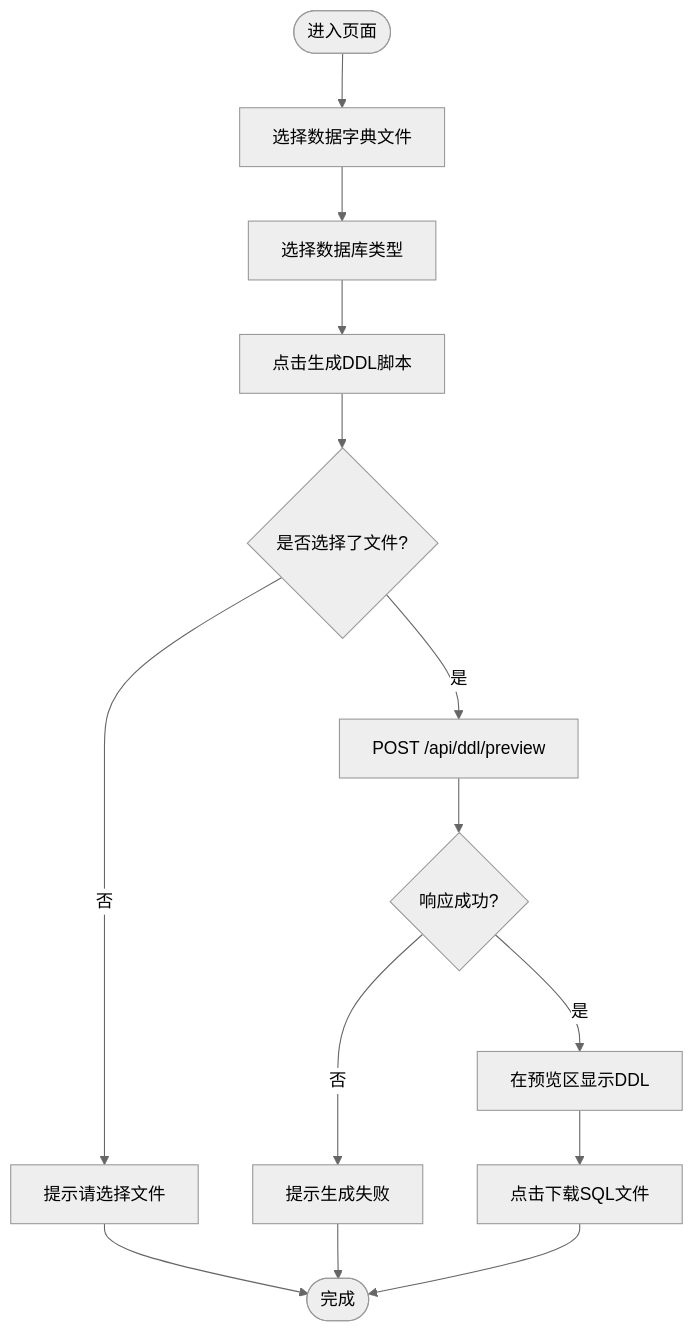
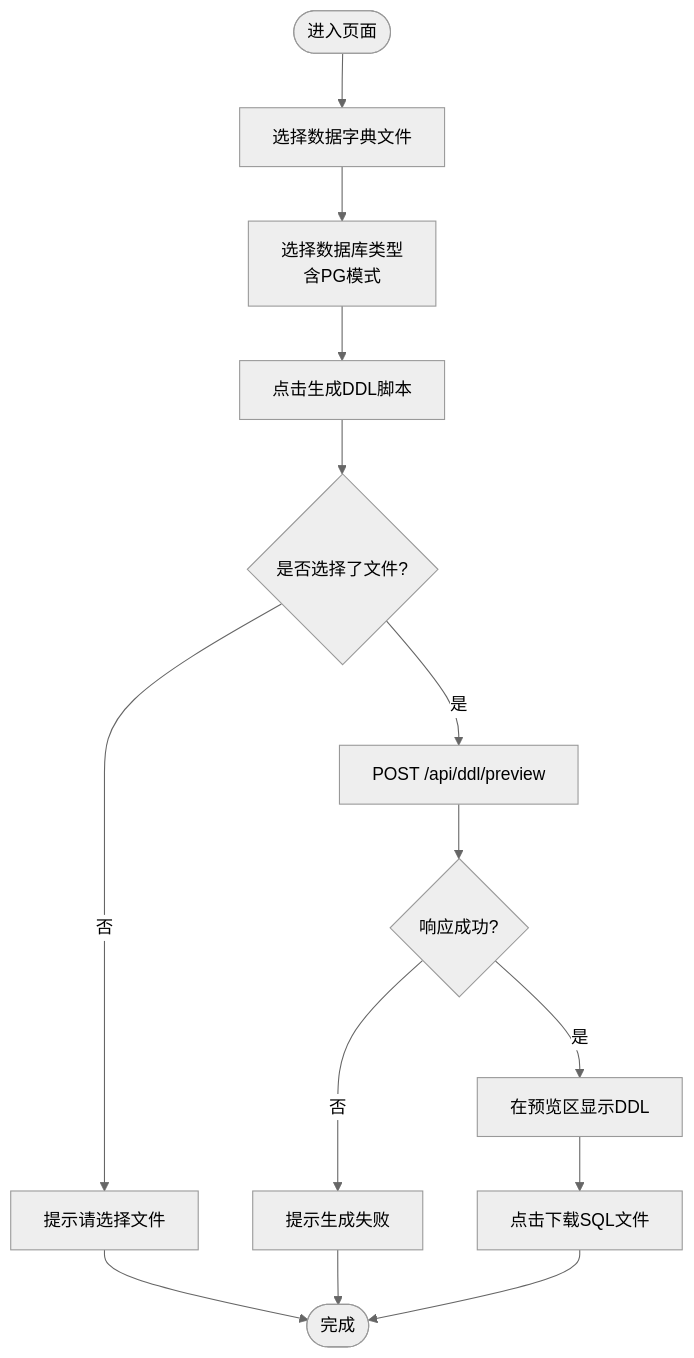
Before and after one commit to SamLing-Why/SchemaSync: the third of 6 diagrams in .qoder/repowiki/zh/content/前端架构/页面组件详解/GenerateView DDL生成页面.md, drawn with Mermaid (neutral theme). The commit also changed other lines of this file and 32 other files, not shown here.

````diff
--- a/.qoder/repowiki/zh/content/前端架构/页面组件详解/GenerateView DDL生成页面.md
+++ b/.qoder/repowiki/zh/content/前端架构/页面组件详解/GenerateView DDL生成页面.md
@@ -163,16 +186,16 @@
 ```mermaid
 flowchart TD
 Start(["进入页面"]) --> Upload["选择数据字典文件"]
-Upload --> SelectDB["选择数据库类型"]
+Upload --> SelectDB["选择数据库类型<br/>含PG模式"]
 SelectDB --> ClickGen["点击生成DDL脚本"]
 ClickGen --> Validate{"是否选择了文件?"}
 Validate -- 否 --> Warn["提示请选择文件"]
 Validate -- 是 --> CallAPI["POST /api/ddl/preview"]
 CallAPI --> RespOK{"响应成功?"}
 RespOK -- 否 --> Error["提示生成失败"]
 RespOK -- 是 --> ShowPreview["在预览区显示DDL"]
 ShowPreview --> Download["点击下载SQL文件"]
 Download --> End(["完成"])
 Warn --> End
 Error --> End
 ```
````
